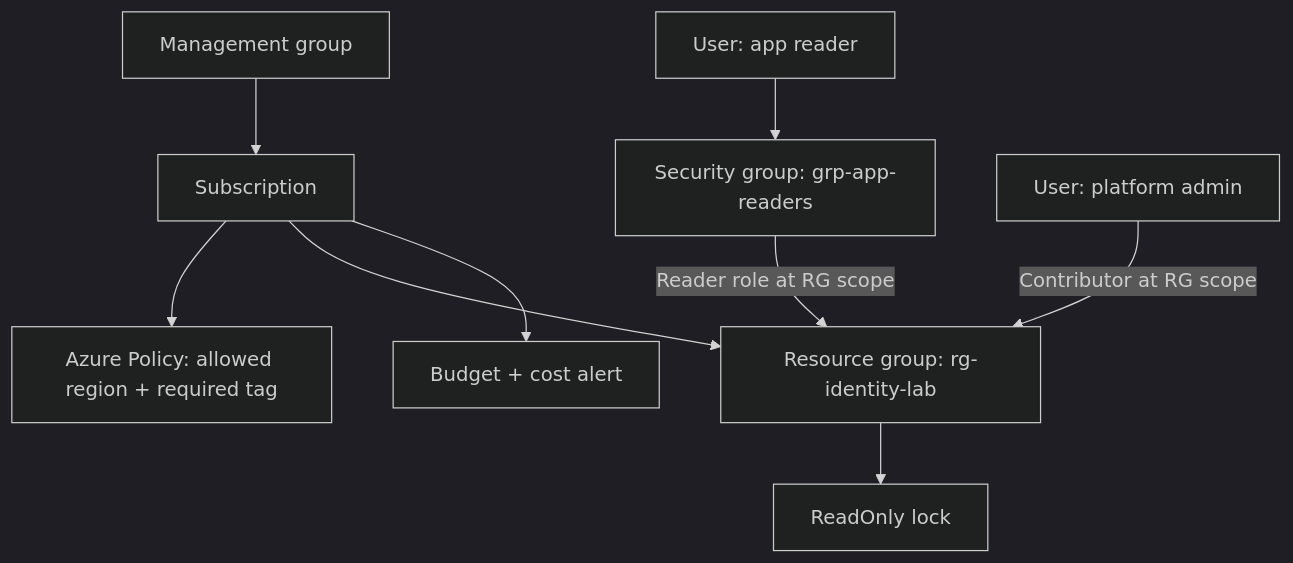
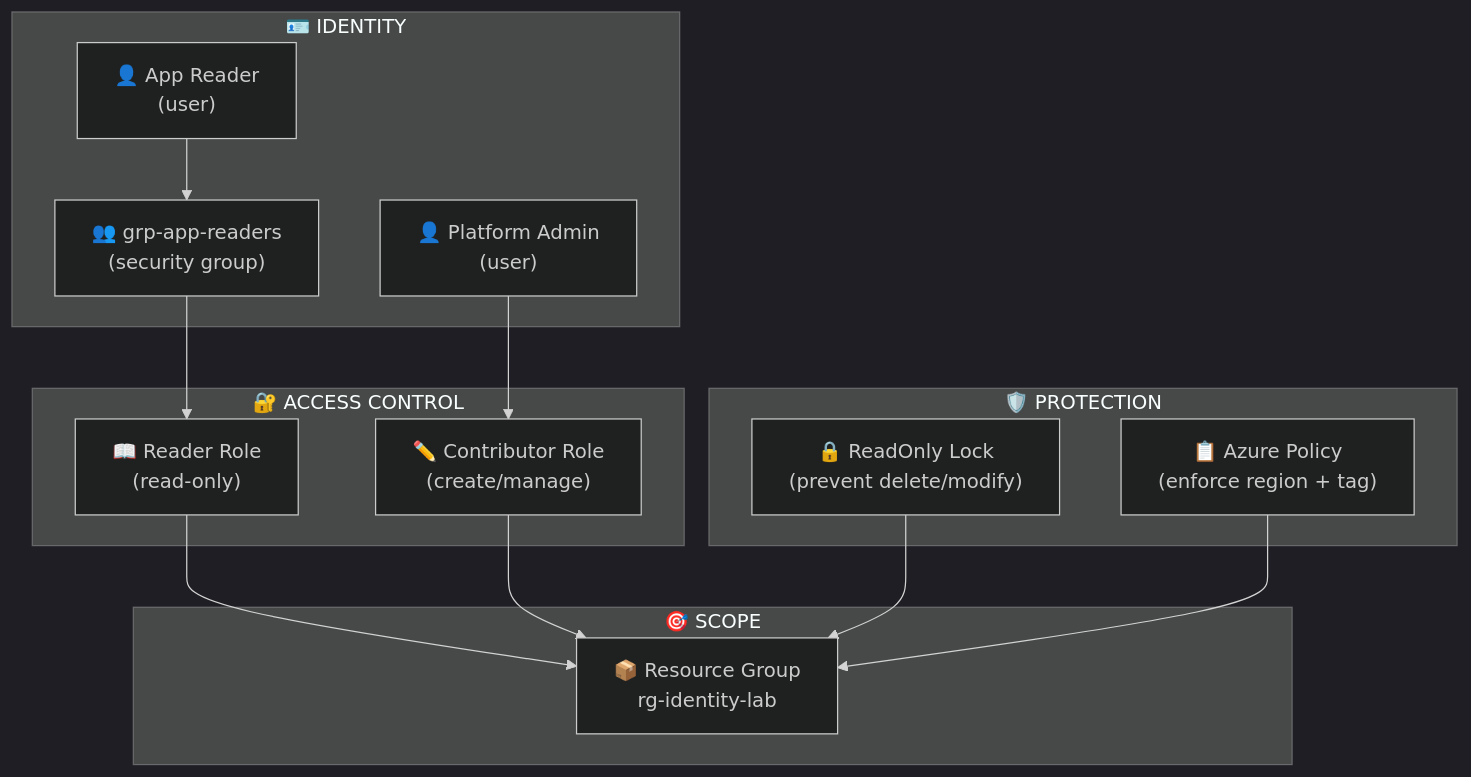
Before and after one commit to rubak714/azure-system-administration: the first of 2 diagrams in 01-identity-governance/README.md, drawn with Mermaid (dark theme). The commit also changed other lines of this file, not shown here.

Commit message:
docs: redesign diagrams - simplify 'What I build' and add Azure governance pillars diagram

````diff
--- a/01-identity-governance/README.md
+++ b/01-identity-governance/README.md
@@ -44,11 +44,30 @@
 ```mermaid
-graph TD
-    MG[Management group] --> SUB[Subscription]
-    SUB --> POL[Azure Policy: allowed region + required tag]
-    SUB --> RG[Resource group: rg-identity-lab]
-    RG --> LOCK[ReadOnly lock]
-    GRP[Security group: grp-app-readers] -->|Reader role at RG scope| RG
-    U1[User: app reader] --> GRP
-    U2[User: platform admin] -->|Contributor at RG scope| RG
-    SUB --> BUD[Budget + cost alert]
+graph TB
+    subgraph Identity["🪪 IDENTITY"]
+        U1["👤 App Reader<br/>(user)"]
+        U2["👤 Platform Admin<br/>(user)"]
+        GRP["👥 grp-app-readers<br/>(security group)"]
+        U1 --> GRP
+    end
+    
+    subgraph Access["🔐 ACCESS CONTROL"]
+        READER["📖 Reader Role<br/>(read-only)"]
+        CONTRIB["✏️ Contributor Role<br/>(create/manage)"]
+        GRP --> READER
+        U2 --> CONTRIB
+    end
+    
+    subgraph Protection["🛡️ PROTECTION"]
+        LOCK["🔒 ReadOnly Lock<br/>(prevent delete/modify)"]
+        POL["📋 Azure Policy<br/>(enforce region + tag)"]
+    end
+    
+    subgraph Scope["🎯 SCOPE"]
+        RG["📦 Resource Group<br/>rg-identity-lab"]
+    end
+    
+    READER --> RG
+    CONTRIB --> RG
+    LOCK --> RG
+    POL --> RG
 ```
````
